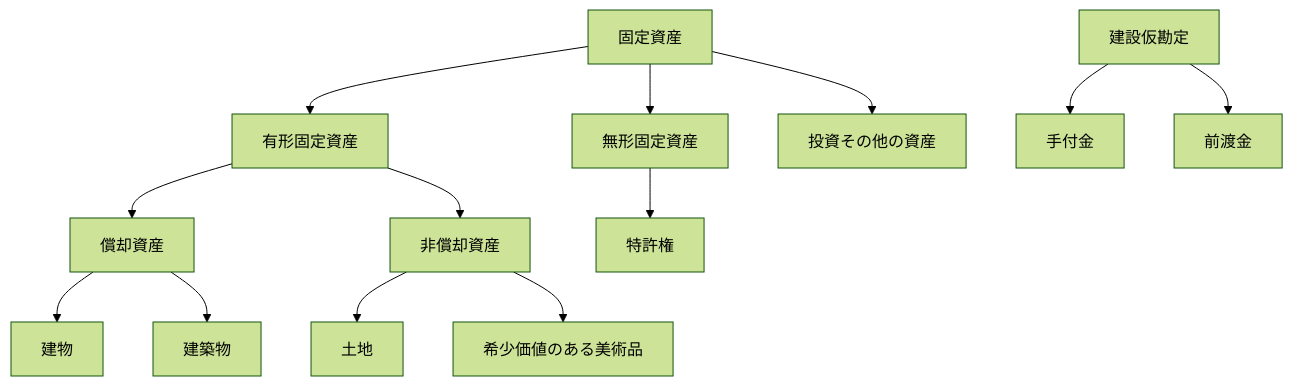
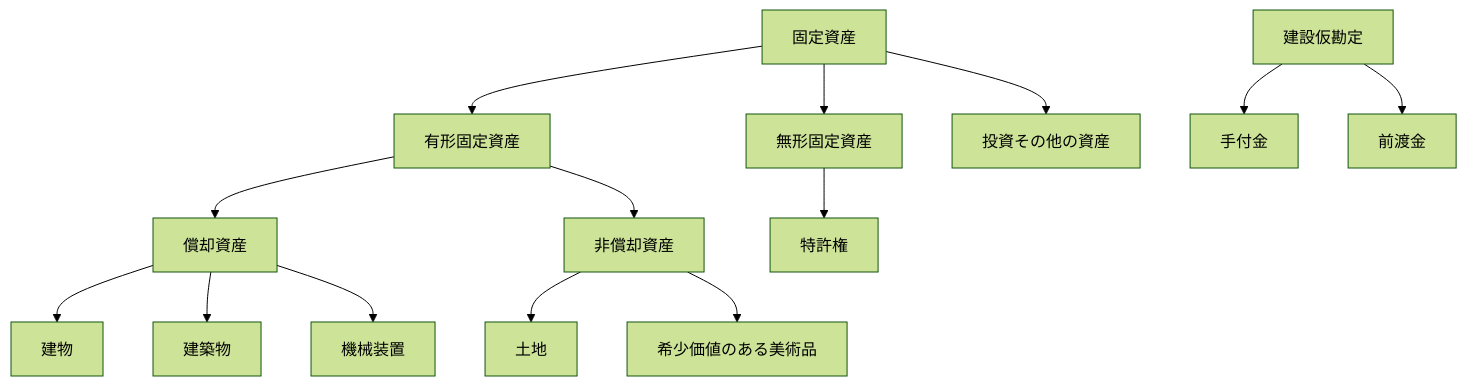
Before and after one commit to bebetakumi/mermaid: the diagram in 固定資産.md, drawn with Mermaid (forest theme).

````diff
--- a/固定資産.md
+++ b/固定資産.md
@@ -3,12 +3,12 @@
 ```mermaid
 graph TD
 
 固定資産 --> 有形固定資産 --> 償却資産
 固定資産 --> 無形固定資産 --> 特許権
 固定資産 --> 投資その他の資産
 有形固定資産 --> 非償却資産
-償却資産 --> 建物 & 建築物
+償却資産 --> 建物 & 建築物 & 機械装置
 非償却資産 --> 土地 & 希少価値のある美術品
 建設仮勘定 --> 手付金 & 前渡金
 
 ```
````
